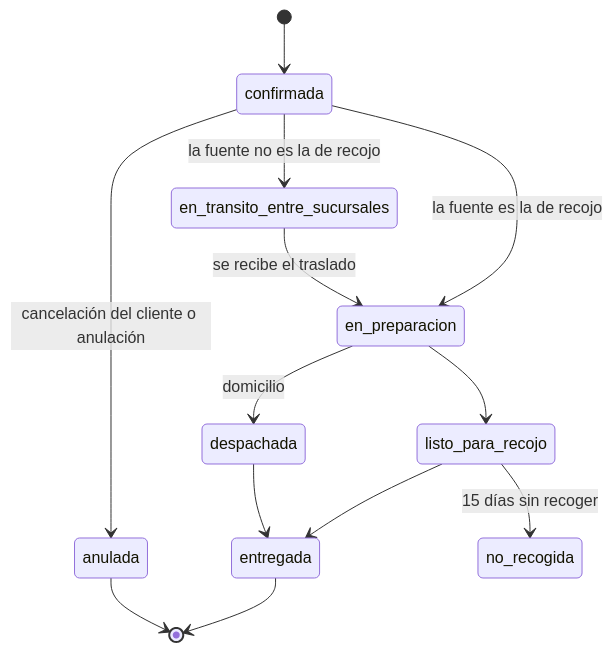
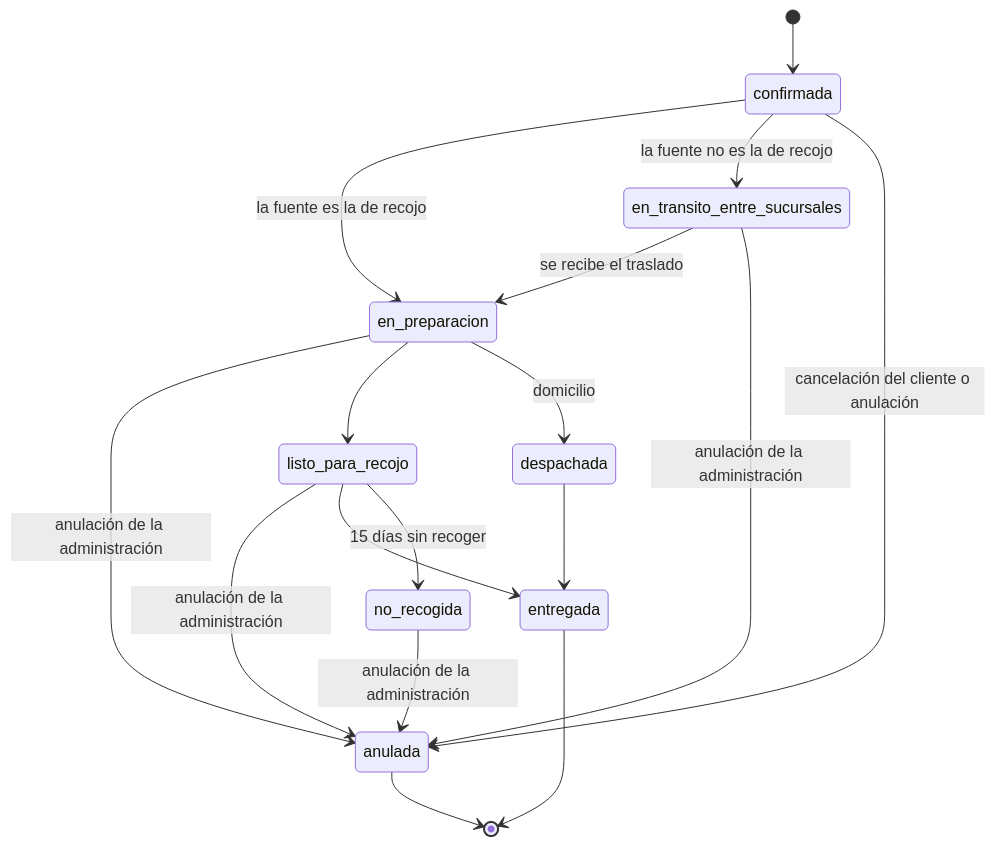
The third of 3 diagrams in docs/03-diseno-de-software/06-estados-y-concurrencia.md (P35C4D0R4B1050/BabelHub), drawn with Mermaid before and after one commit. The commit also changed other lines of this file and 1 other file, not shown here.

Commit message:
docs: align order line states and the logistics operator privacy entry

````diff
--- a/docs/03-diseno-de-software/06-estados-y-concurrencia.md
+++ b/docs/03-diseno-de-software/06-estados-y-concurrencia.md
@@ -42,15 +42,19 @@
 ```mermaid
 stateDiagram-v2
 [*] --> confirmada
 confirmada --> en_preparacion : la fuente es la de recojo
 confirmada --> en_transito_entre_sucursales : la fuente no es la de recojo
 en_transito_entre_sucursales --> en_preparacion : se recibe el traslado
 confirmada --> anulada : cancelación del cliente o anulación
+en_transito_entre_sucursales --> anulada : anulación de la administración
+en_preparacion --> anulada : anulación de la administración
+listo_para_recojo --> anulada : anulación de la administración
+no_recogida --> anulada : anulación de la administración
 en_preparacion --> listo_para_recojo
 en_preparacion --> despachada : domicilio
 listo_para_recojo --> entregada
 listo_para_recojo --> no_recogida : 15 días sin recoger
 despachada --> entregada
 entregada --> [*]
 anulada --> [*]
 ```
````
